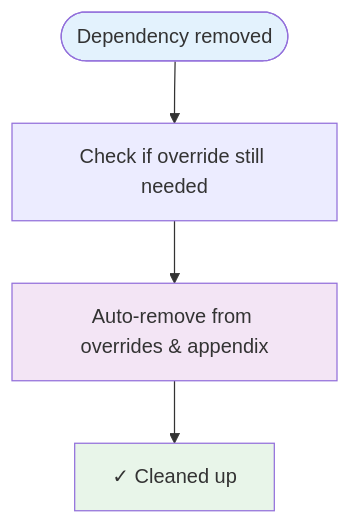
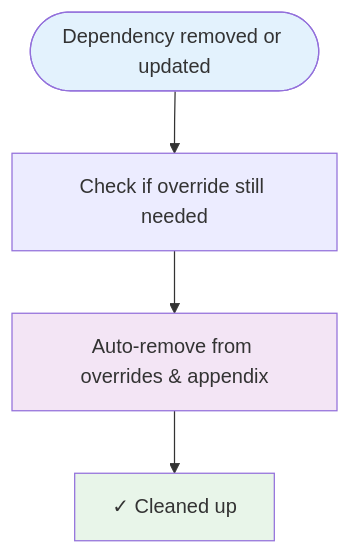
The fifth of 6 diagrams in README.md (yowainwright/pastoralist), drawn with Mermaid before and after one commit. The commit also changed other lines of this file and 9 other files, not shown here.

````diff
--- a/README.md
+++ b/README.md
@@ -247,10 +251,10 @@
 ```mermaid
 flowchart TD
-    Start([Dependency removed]) --> Check[Check if override still needed]
+    Start([Dependency removed or updated]) --> Check[Check if override still needed]
     Check --> Remove[Auto-remove from overrides & appendix]
     Remove --> Done[✓ Cleaned up]
 
     style Start fill:#e3f2fd
     style Remove fill:#f3e5f5
     style Done fill:#e8f5e9
 ```
````
